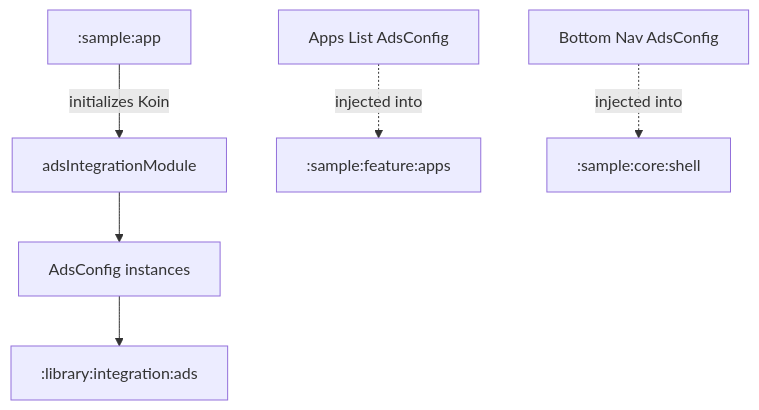
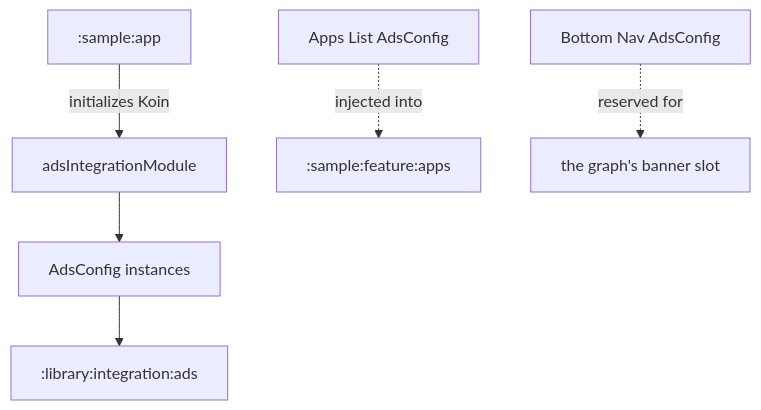
The diagram in sample/integration/ads/README.md (MihaiCristianCondrea/App-Toolkit-for-Android), drawn with Mermaid before and after one commit. The commit also changed other lines of this file and 130 other files, not shown here.

````diff
--- a/sample/integration/ads/README.md
+++ b/sample/integration/ads/README.md
@@ -32,8 +32,8 @@
 ```mermaid
 flowchart TD
     App[":sample:app"] -->|initializes Koin| Module[adsIntegrationModule]
     Module --> Configs[AdsConfig instances]
     Config1[Apps List AdsConfig] -.->|injected into| FeatureApps[":sample:feature:apps"]
-    Config2[Bottom Nav AdsConfig] -.->|injected into| Shell[":sample:core:shell"]
+    Config2[Bottom Nav AdsConfig] -.->|reserved for| Banner["the graph's banner slot"]
     Configs --> ToolkitAds[":library:integration:ads"]
 ```
````
